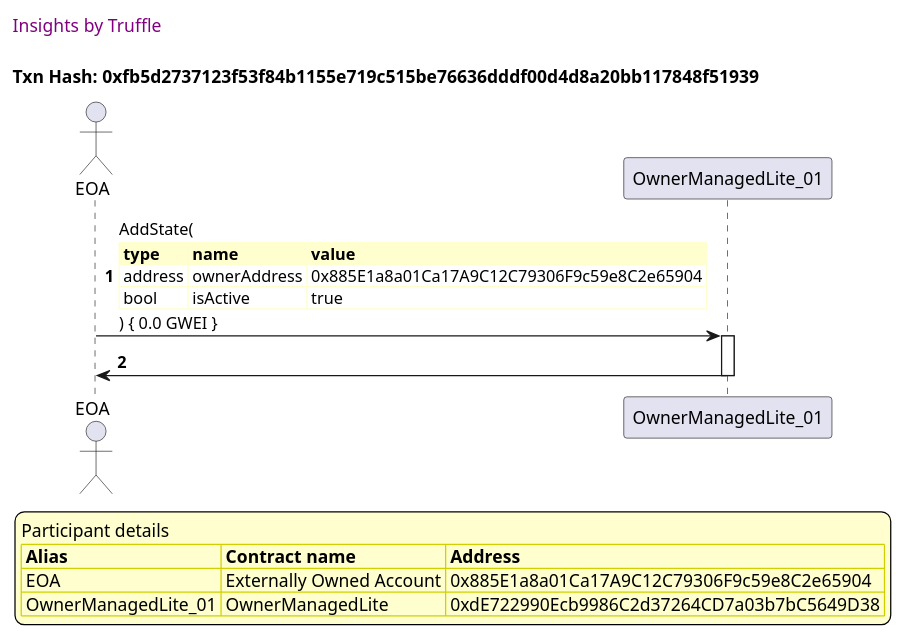
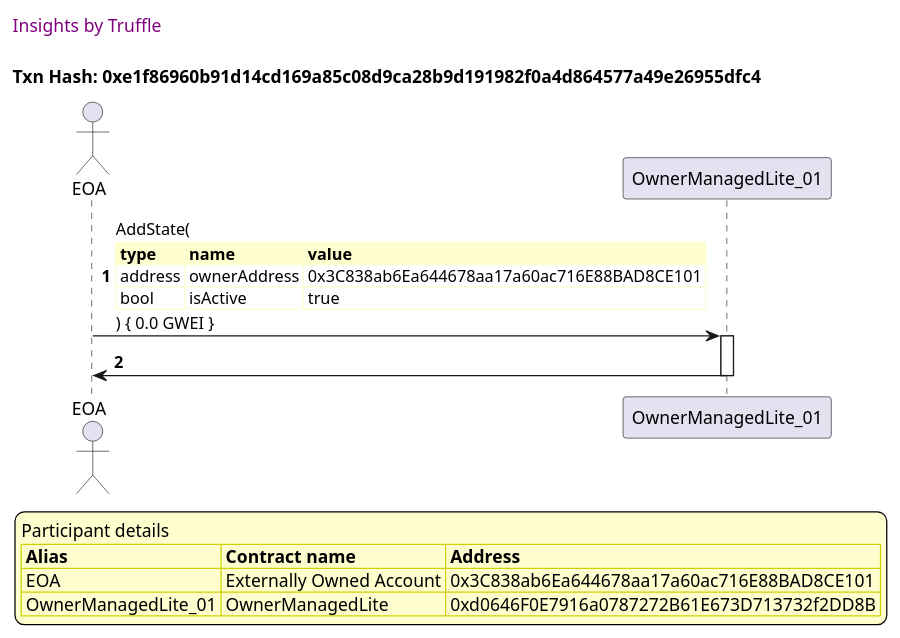
The second of 49 diagrams in truffle-seq/OwnerManagedLite_test_remove_owner.md (thedarkjester/ConsensysAssignment), drawn with PlantUML before and after one commit. The commit also changed other lines of this file and 13 other files, not shown here.

````diff
--- a/truffle-seq/OwnerManagedLite_test_remove_owner.md
+++ b/truffle-seq/OwnerManagedLite_test_remove_owner.md
@@ -56,41 +56,41 @@
 ```plantuml
 
 
 @startuml
 
 autonumber
 skinparam legendBackgroundColor #FEFECE
 
 <style>
       header {
         HorizontalAlignment left
         FontColor purple
         FontSize 14
         Padding 10
       }
     </style>
 
 header Insights by Truffle
 
-title Txn Hash: 0xfb5d2737123f53f84b1155e719c515be76636dddf00d4d8a20bb117848f51939
+title Txn Hash: 0xe1f86960b91d14cd169a85c08d9ca28b9d191982f0a4d864577a49e26955dfc4
 
 
 actor EOA as "EOA"
 participant OwnerManagedLite_01 as "OwnerManagedLite_01"
 
 "EOA" -> "OwnerManagedLite_01" ++: AddState(\n\
 <#FEFECE,#FEFECE>|= type |= name |= value |\n\
-| address | ownerAddress | 0x885E1a8a01Ca17A9C12C79306F9c59e8C2e65904 |\n\
+| address | ownerAddress | 0x3C838ab6Ea644678aa17a60ac716E88BAD8CE101 |\n\
 | bool | isActive | true |\n\
 ) { 0.0 GWEI }
 "OwnerManagedLite_01" -> "EOA" --: 
 
 legend
 Participant details
 <#FEFECE,#D0D000>|= Alias |= Contract name |= Address |
-<#FEFECE>| EOA | Externally Owned Account | 0x885E1a8a01Ca17A9C12C79306F9c59e8C2e65904 |
-<#FEFECE>| OwnerManagedLite_01 | OwnerManagedLite | 0xdE722990Ecb9986C2d37264CD7a03b7bC5649D38 |
+<#FEFECE>| EOA | Externally Owned Account | 0x3C838ab6Ea644678aa17a60ac716E88BAD8CE101 |
+<#FEFECE>| OwnerManagedLite_01 | OwnerManagedLite | 0xd0646F0E7916a0787272B61E673D713732f2DD8B |
 endlegend
 
 @enduml
 ```
````
